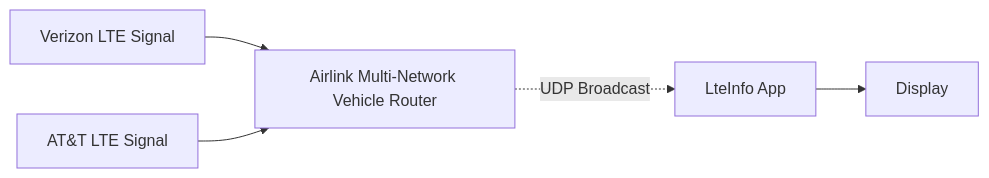
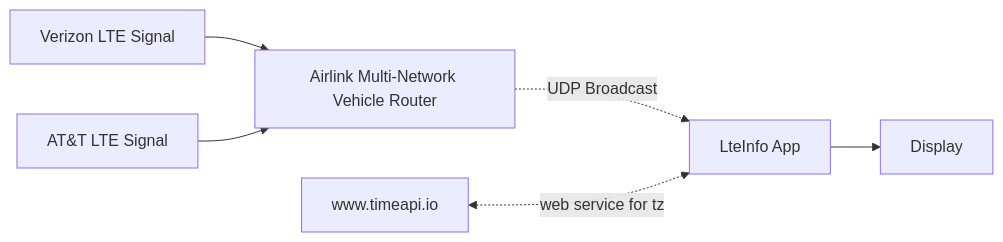
The diagram in README.md (dgreen/airlinkinfo), drawn with Mermaid before and after one commit. The commit also changed other lines of this file, not shown here.

Commit message:
Update graphic to include web service reference

````diff
--- a/README.md
+++ b/README.md
@@ -10,8 +10,9 @@
 ```mermaid
 flowchart LR
 B[Verizon LTE Signal] --> A[Airlink Multi-Network Vehicle Router]
 ATT[AT&T LTE Signal] --> A
 A -.UDP Broadcast.-> C[LteInfo App]
+D[www.timeapi.io] <-.web service for tz.-> C
 C --> Display
 
 ```
````
